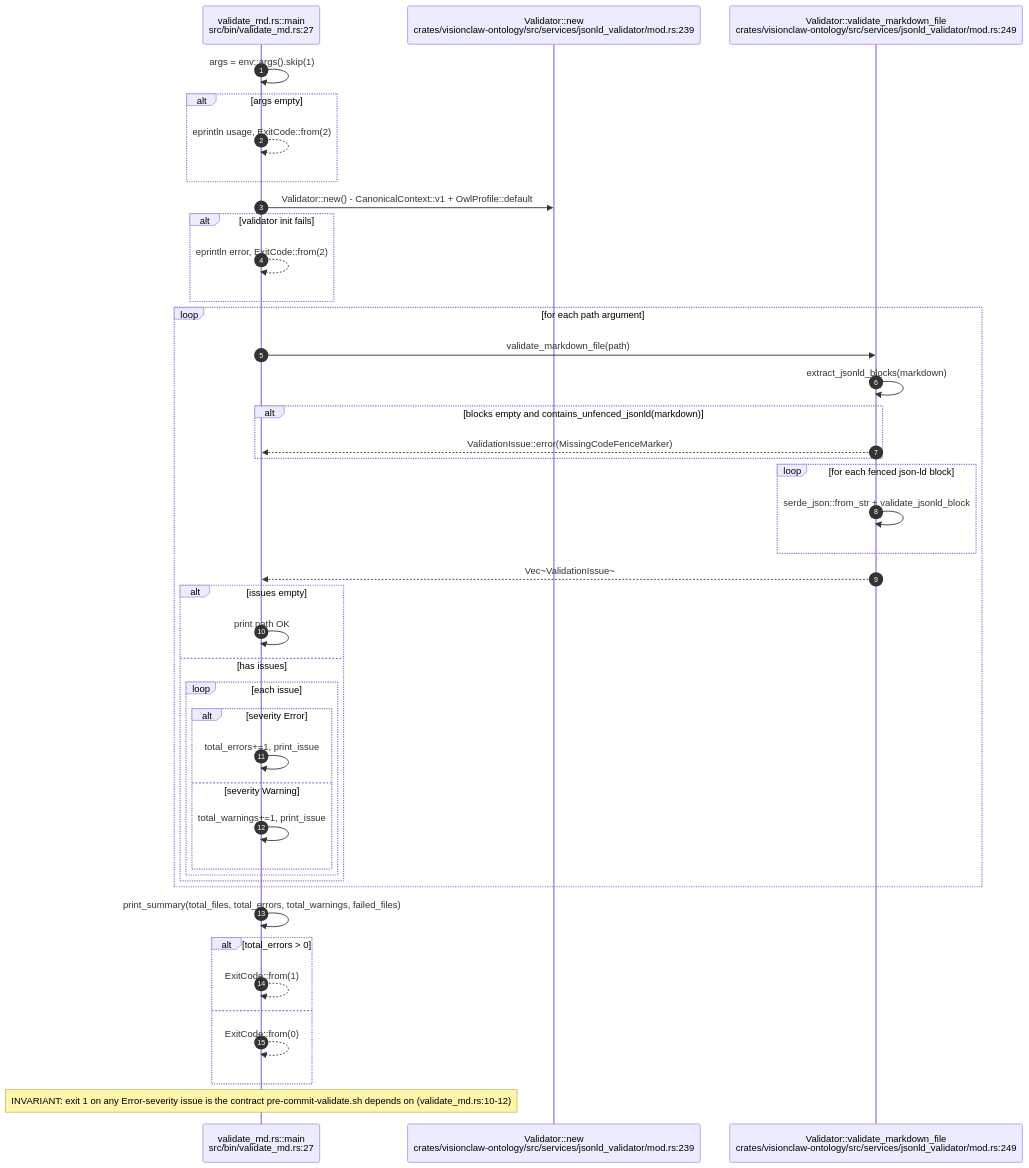
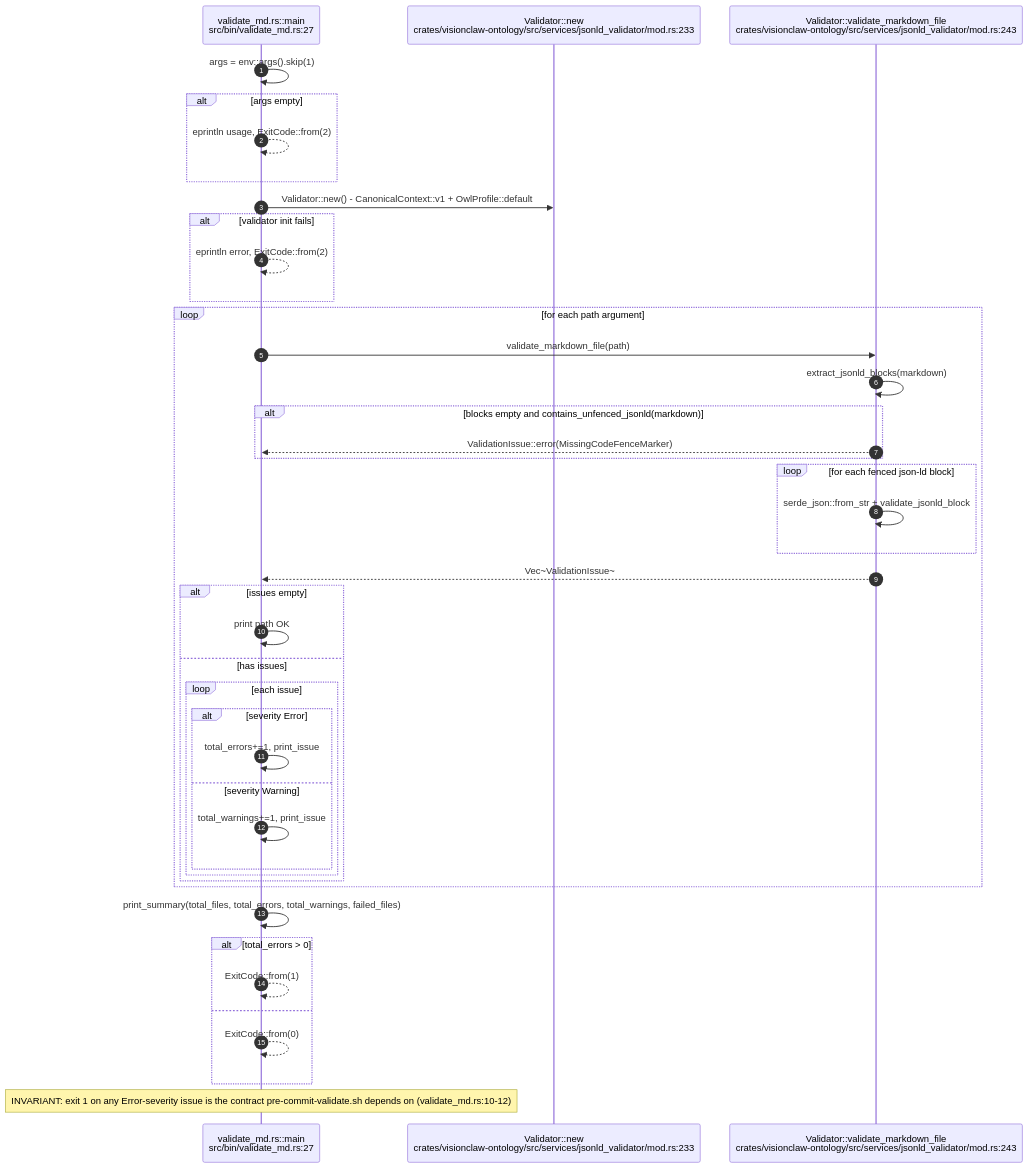
Before and after one commit to DreamLab-AI/VisionFlow: the fourth of 5 diagrams in docs/diagrams/visionclaw/21-corpus-ingest-and-vault.md, drawn with Mermaid. The commit also changed other lines of this file and 160 other files, not shown here.

````diff
--- a/docs/diagrams/visionclaw/21-corpus-ingest-and-vault.md
+++ b/docs/diagrams/visionclaw/21-corpus-ingest-and-vault.md
@@ -161,45 +169,45 @@
 ```mermaid
 sequenceDiagram
     autonumber
     participant Main as validate_md.rs::main<br/>src/bin/validate_md.rs:27
-    participant V as Validator::new<br/>crates/visionclaw-ontology/src/services/jsonld_validator/mod.rs:239
-    participant VF as Validator::validate_markdown_file<br/>crates/visionclaw-ontology/src/services/jsonld_validator/mod.rs:249
+    participant V as Validator::new<br/>crates/visionclaw-ontology/src/services/jsonld_validator/mod.rs:233
+    participant VF as Validator::validate_markdown_file<br/>crates/visionclaw-ontology/src/services/jsonld_validator/mod.rs:243
 
     Main->>Main: args = env::args().skip(1)
     alt args empty
         Main-->>Main: eprintln usage, ExitCode::from(2)
     end
     Main->>V: Validator::new() - CanonicalContext::v1 + OwlProfile::default
     alt validator init fails
         Main-->>Main: eprintln error, ExitCode::from(2)
     end
     loop for each path argument
         Main->>VF: validate_markdown_file(path)
         VF->>VF: extract_jsonld_blocks(markdown)
         alt blocks empty and contains_unfenced_jsonld(markdown)
             VF-->>Main: ValidationIssue::error(MissingCodeFenceMarker)
         end
         loop for each fenced json-ld block
             VF->>VF: serde_json::from_str + validate_jsonld_block
         end
         VF-->>Main: Vec~ValidationIssue~
         alt issues empty
             Main->>Main: print path OK
         else has issues
             loop each issue
                 alt severity Error
                     Main->>Main: total_errors+=1, print_issue
                 else severity Warning
                     Main->>Main: total_warnings+=1, print_issue
                 end
             end
         end
     end
     Main->>Main: print_summary(total_files, total_errors, total_warnings, failed_files)
     alt total_errors > 0
         Main-->>Main: ExitCode::from(1)
     else
         Main-->>Main: ExitCode::from(0)
     end
     Note over Main: INVARIANT: exit 1 on any Error-severity issue is the contract pre-commit-validate.sh depends on (validate_md.rs:10-12)
 ```
````
